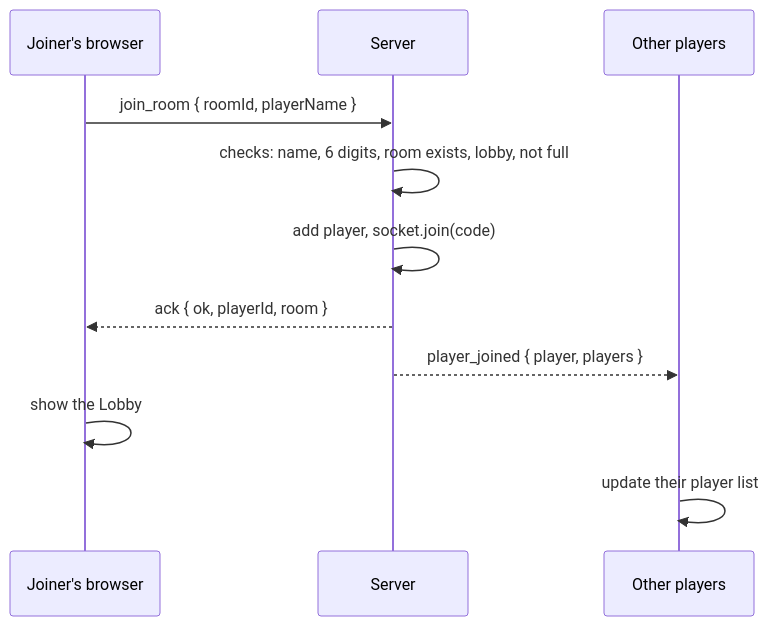
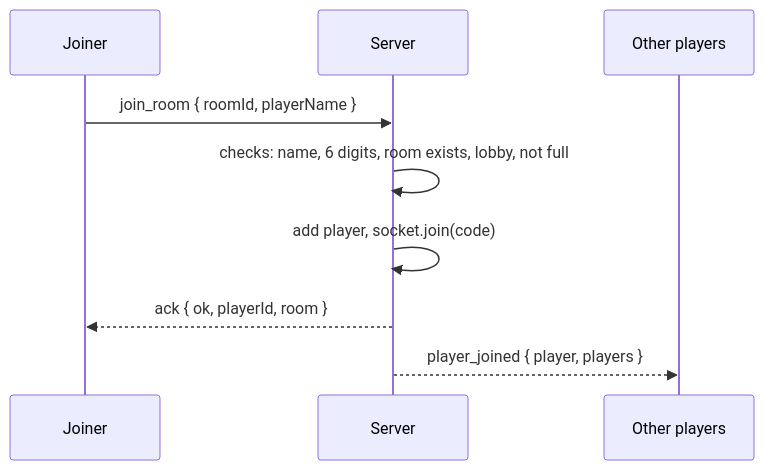
One commit to ritik-2407/Skribbl changed the fifth of 8 diagrams in README.md. Above: the diagram before and after it, drawn with Mermaid. The commit also changed other lines of this file and 17 other files, not shown here.

````diff
--- a/README.md
+++ b/README.md
@@ -535,14 +320,11 @@
 ```mermaid
 sequenceDiagram
-    participant J as Joiner's browser
+    participant J as Joiner
     participant S as Server
     participant O as Other players
-
     J->>S: join_room { roomId, playerName }
     S->>S: checks: name, 6 digits, room exists, lobby, not full
     S->>S: add player, socket.join(code)
     S-->>J: ack { ok, playerId, room }
     S-->>O: player_joined { player, players }
-    J->>J: show the Lobby
-    O->>O: update their player list
 ```
````
